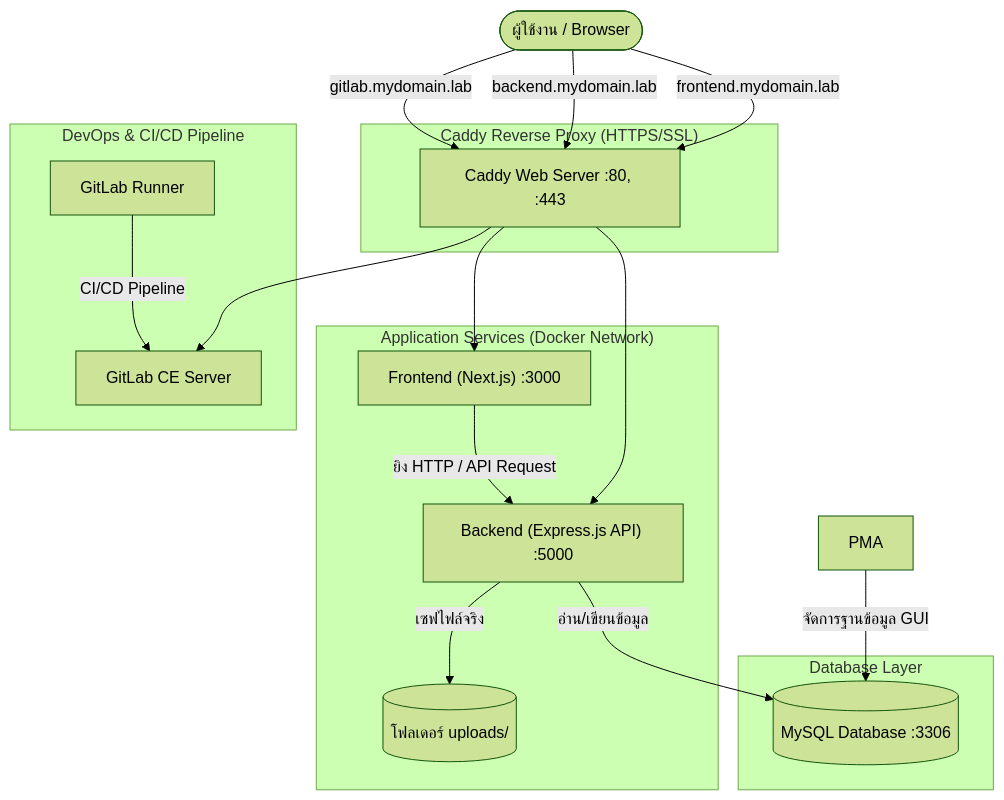
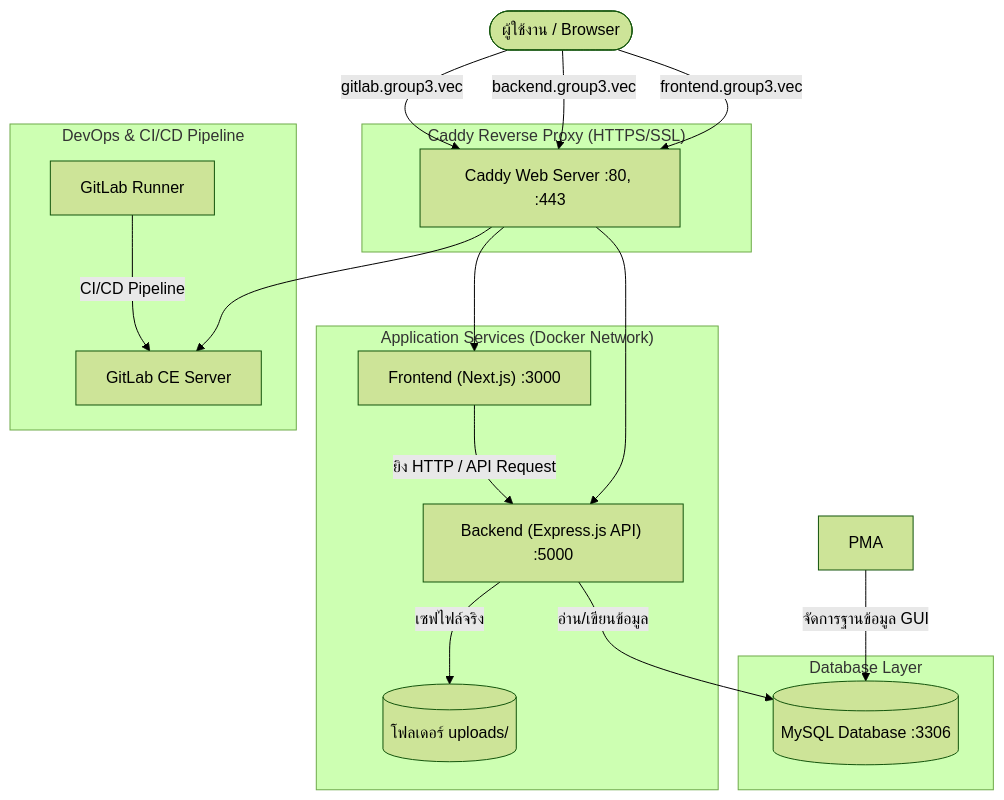
The first of 4 diagrams in SYSTEM_ARCHITECTURE.md (barron-local/barron-test), drawn with Mermaid (forest theme) before and after one commit. The commit also changed other lines of this file and 16 other files, not shown here.

Commit message:
Update domain from mydomain.lab to group3.vec across project

````diff
--- a/SYSTEM_ARCHITECTURE.md
+++ b/SYSTEM_ARCHITECTURE.md
@@ -9,37 +9,37 @@
 ```mermaid
 graph TD
     User([ ผู้ใช้งาน / Browser ])
     
     subgraph ReverseProxy ["Caddy Reverse Proxy (HTTPS/SSL)"]
         Caddy[Caddy Web Server :80, :443]
     end
 
     subgraph AppServices ["Application Services (Docker Network)"]
         Frontend["Frontend (Next.js) :3000"]
         Backend["Backend (Express.js API) :5000"]
         UploadStorage[("โฟลเดอร์ uploads/")]
     end
 
     subgraph DatabaseLayer ["Database Layer"]
         MySQL[("MySQL Database :3306")]
     end
 
     subgraph DevOpsCI ["DevOps & CI/CD Pipeline"]
         GitLab["GitLab CE Server"]
         Runner["GitLab Runner"]
     end
 
-    User -->|frontend.mydomain.lab| Caddy
-    User -->|backend.mydomain.lab| Caddy
-    User -->|gitlab.mydomain.lab| Caddy
+    User -->|frontend.group3.vec| Caddy
+    User -->|backend.group3.vec| Caddy
+    User -->|gitlab.group3.vec| Caddy
     
     Caddy --> Frontend
     Caddy --> Backend
     Caddy --> GitLab
     
     Frontend -->|ยิง HTTP / API Request| Backend
     Backend -->|อ่าน/เขียนข้อมูล| MySQL
     Backend -->|เซฟไฟล์จริง| UploadStorage
     PMA -->|จัดการฐานข้อมูล GUI| MySQL
     Runner -->|CI/CD Pipeline| GitLab
 ```
````
